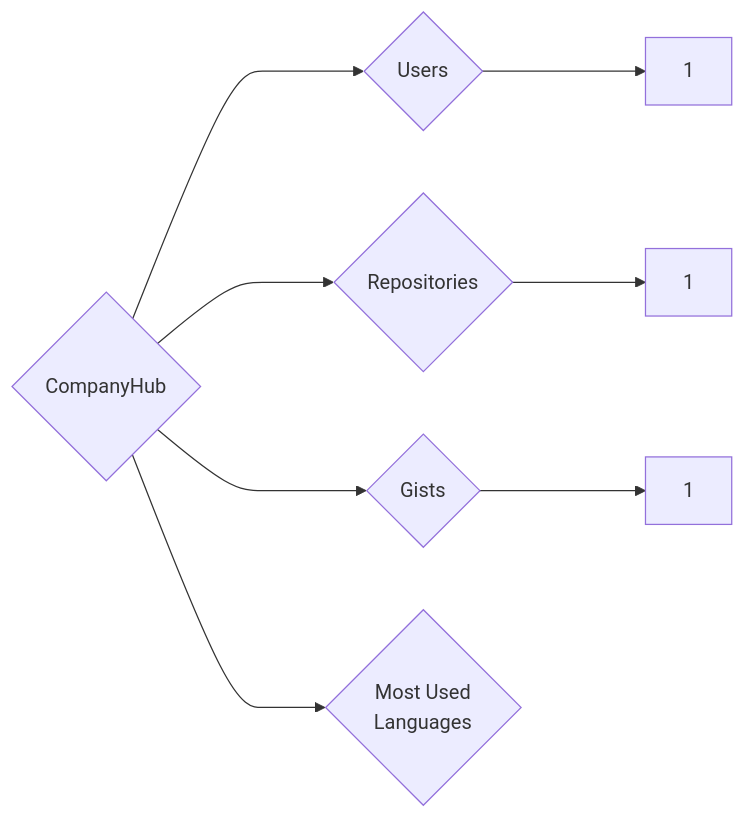
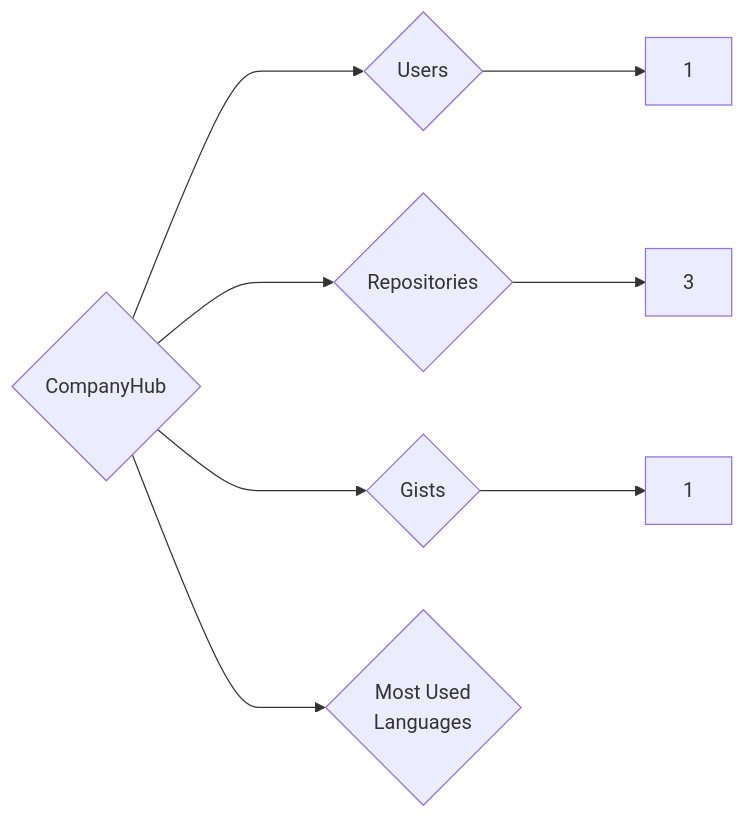
One commit to trickest/insiders changed the diagram in targets/CompanyHub/README.md. Above: the diagram before and after it, drawn with Mermaid. The commit also changed 1036 other files, not shown here.

````diff
--- a/targets/CompanyHub/README.md
+++ b/targets/CompanyHub/README.md
@@ -3,8 +3,8 @@
 ```mermaid
 graph LR
 COMPANY_NAME{CompanyHub}
 COMPANY_NAME ---> U{Users} ---> UN[1]
-COMPANY_NAME ---> R{Repositories} ---> RN[1]
+COMPANY_NAME ---> R{Repositories} ---> RN[3]
 COMPANY_NAME ---> G{Gists} ---> GN[1]
 COMPANY_NAME ---> ML{Most Used<br>Languages}
 ```
````
